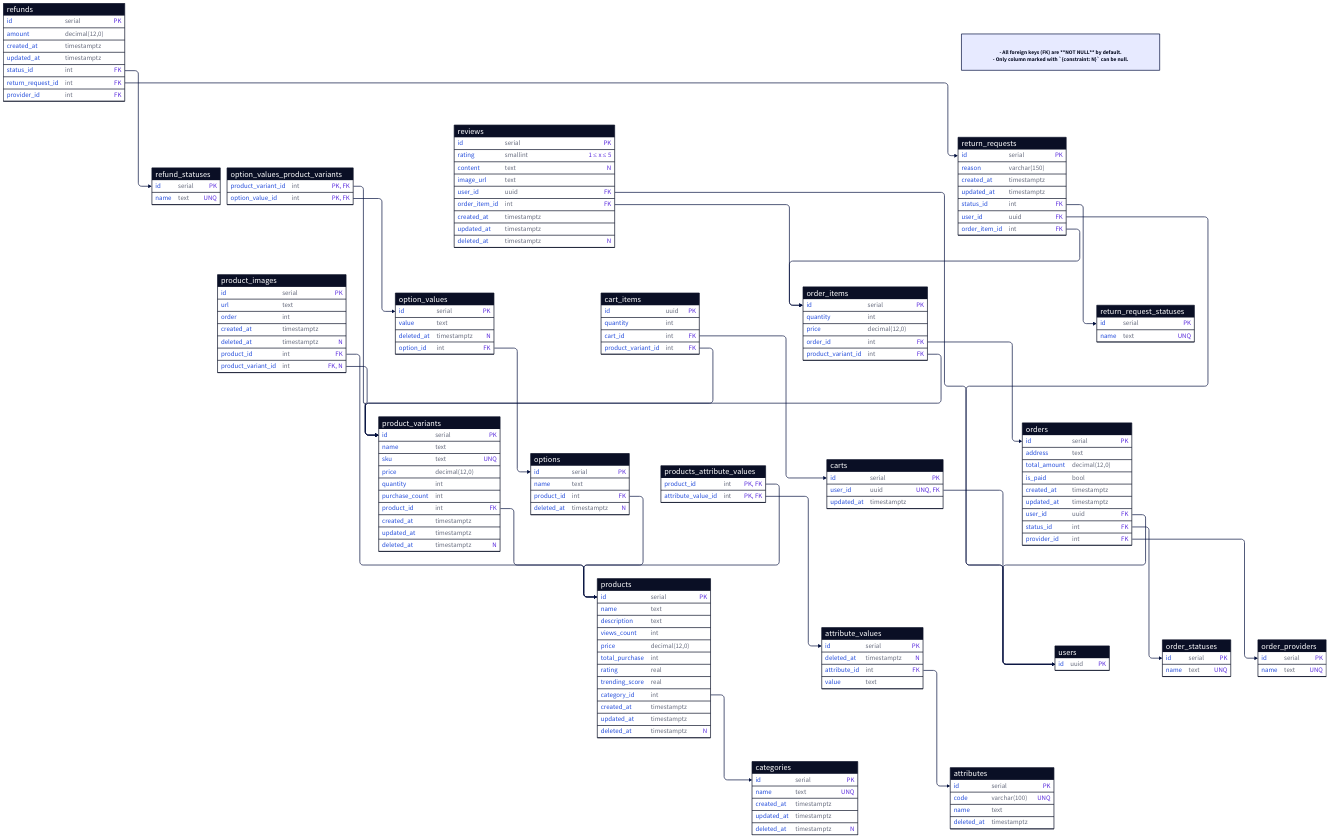
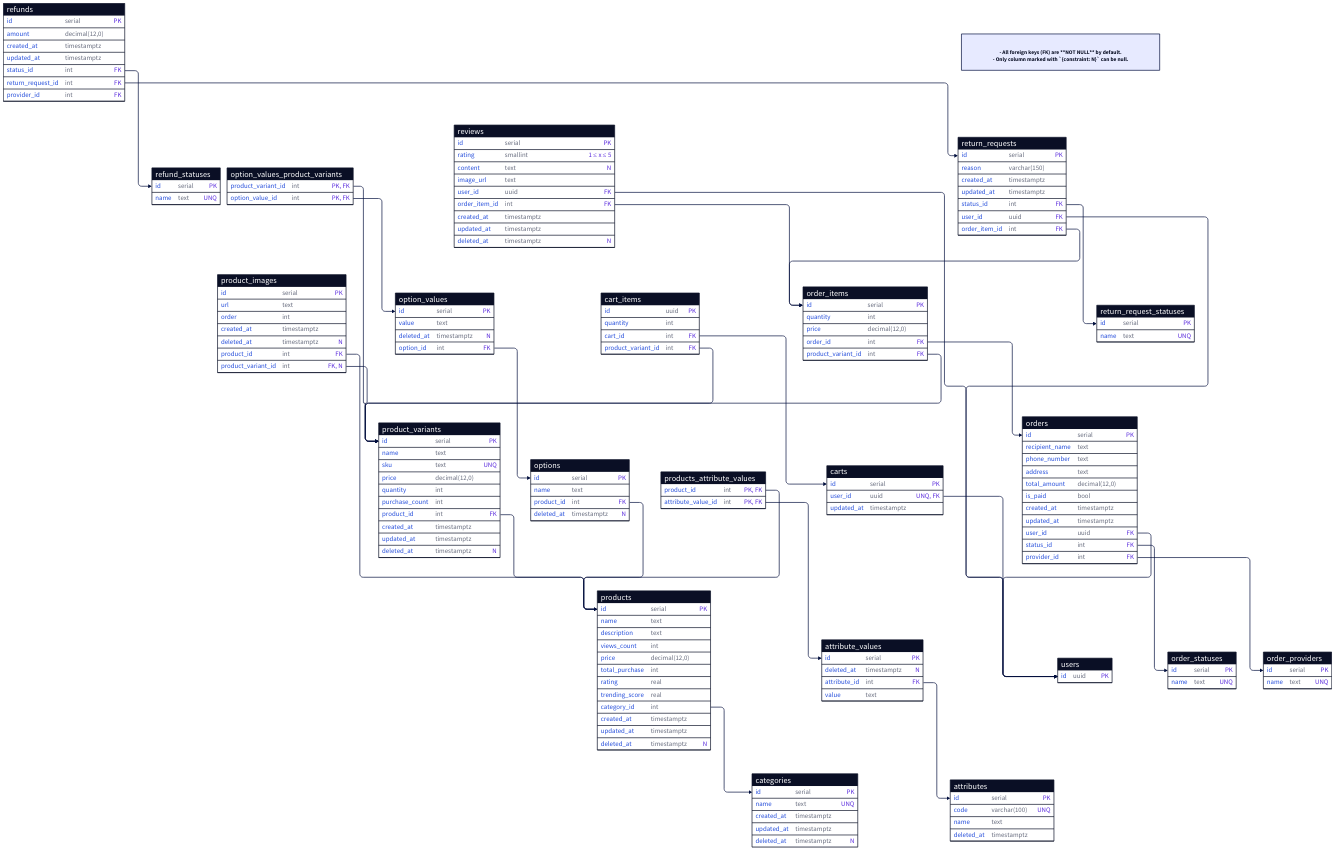
The diagram in docs/software-docs/database/index.md (electricilies/electricilies.github.io), drawn with D2 before and after one commit.

Commit message:
feat(database): order recipient name, phone

```diff
--- a/docs/software-docs/database/index.md
+++ b/docs/software-docs/database/index.md
@@ -136,6 +136,8 @@
 
 orders: {
   id: serial {constraint: PK}
+  recipient_name: text
+  phone_number: text
   address: text
   total_amount: decimal(12,0)
   is_paid: bool
```
